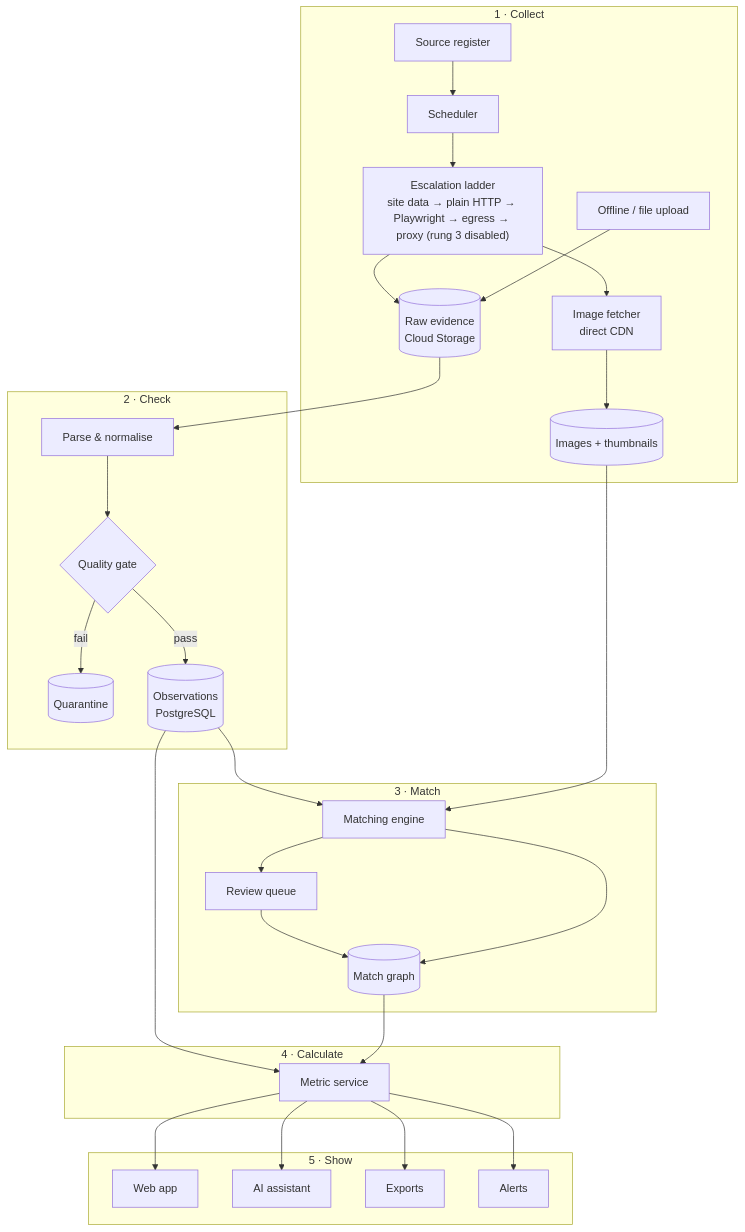
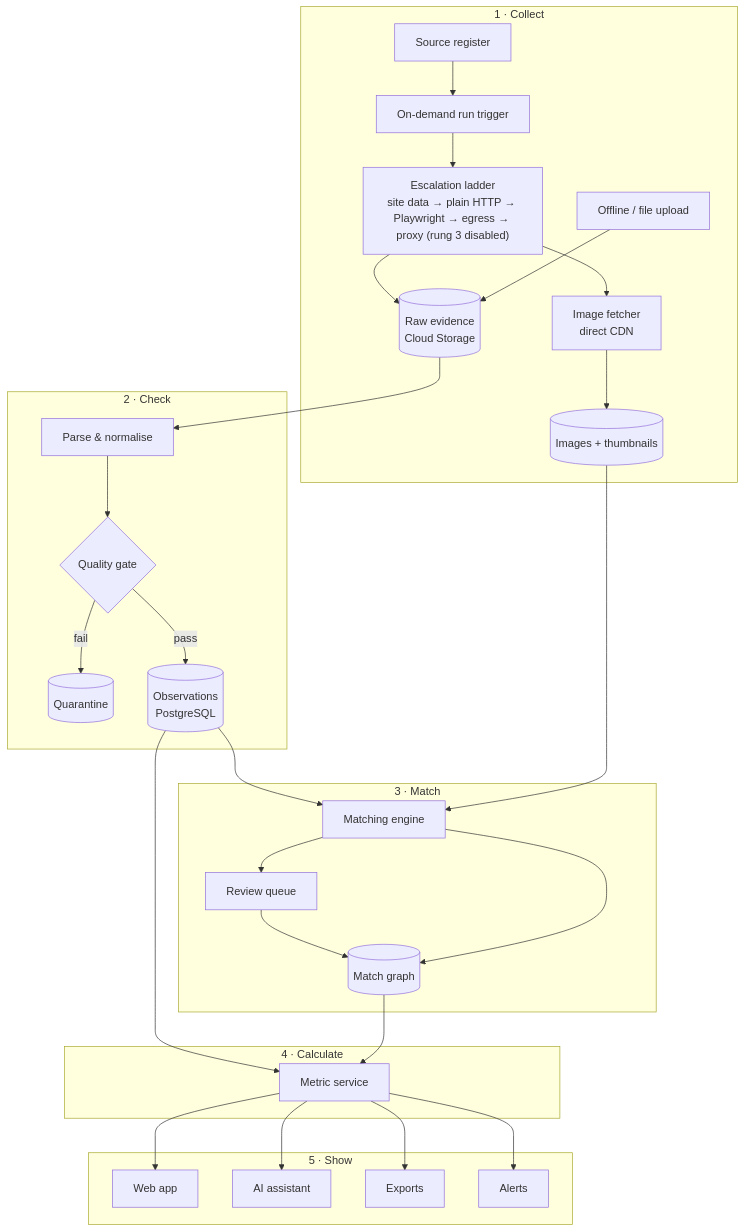
One commit to muttonkodibiriyani/product_intelligence changed the diagram in docs/blueprint.md. Above: the diagram before and after it, drawn with Mermaid. The commit also changed other lines of this file and 1 other file, not shown here.

Commit message:
docs: decision-log batch (credentials risk, stock ordering, robots transport, signer-key incident) + scheduler nits

````diff
--- a/docs/blueprint.md
+++ b/docs/blueprint.md
@@ -89,33 +89,33 @@
 ```mermaid
 flowchart TB
   subgraph S1[1 · Collect]
-    REG[Source register] --> SCH[Scheduler]
+    REG[Source register] --> SCH[On-demand run trigger]
     SCH --> LAD["Escalation ladder<br/>site data → plain HTTP → Playwright → egress → proxy (rung 3 disabled)"]
     LAD --> RAW[(Raw evidence<br/>Cloud Storage)]
     LAD --> IMG[Image fetcher<br/>direct CDN]
     IMG --> IMGS[(Images + thumbnails)]
     UP[Offline / file upload] --> RAW
   end
   subgraph S2[2 · Check]
     RAW --> PARSE[Parse & normalise]
     PARSE --> DQ{Quality gate}
     DQ -- fail --> Q[(Quarantine)]
     DQ -- pass --> FACTS[(Observations<br/>PostgreSQL)]
   end
   subgraph S3[3 · Match]
     FACTS --> M[Matching engine]
     IMGS --> M
     M --> RQ[Review queue]
     RQ --> MG[(Match graph)]
     M --> MG
   end
   subgraph S4[4 · Calculate]
     FACTS & MG --> MET[Metric service]
   end
   subgraph S5[5 · Show]
     MET --> WEB[Web app]
     MET --> AI[AI assistant]
     MET --> FEED[Exports]
     MET --> AL[Alerts]
   end
 ```
````
